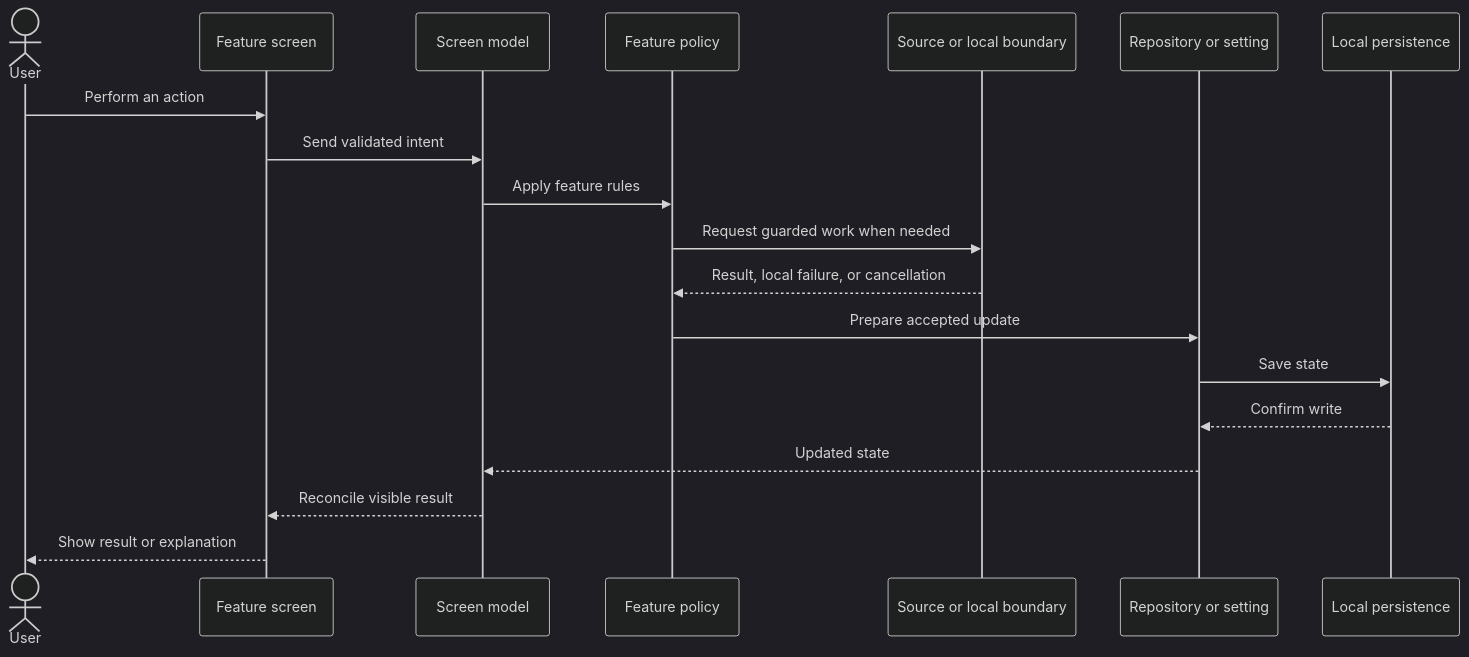
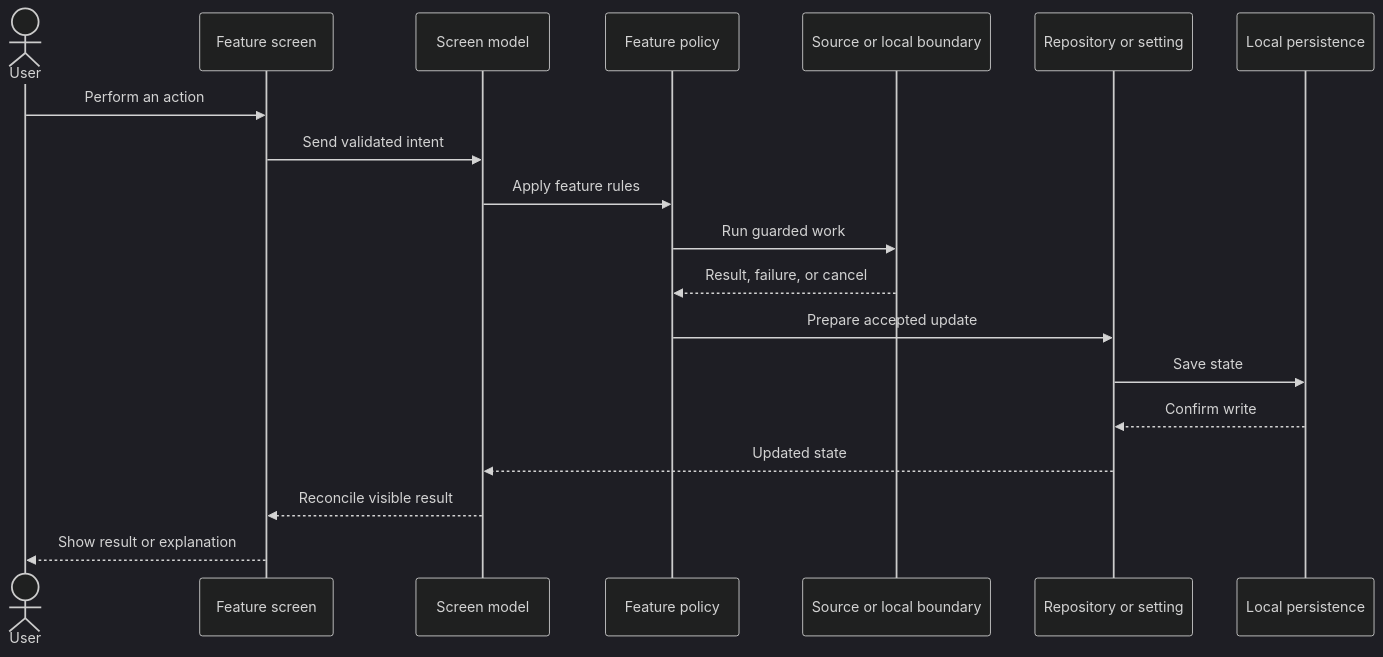
One commit to FancyCorey/komikku-KMK changed the third of 5 diagrams in docs/kmk/feature-guides/how-kmk-features-work-together.md. Above: the diagram before and after it, drawn with Mermaid (dark theme). The commit also changed 9 other files, not shown here.

Commit message:
Improve Mermaid diagram readability

````diff
--- a/docs/kmk/feature-guides/how-kmk-features-work-together.md
+++ b/docs/kmk/feature-guides/how-kmk-features-work-together.md
@@ -56,22 +56,22 @@
 ```mermaid
 sequenceDiagram
     actor User
     participant Screen as Feature screen
     participant Model as Screen model
     participant Policy as Feature policy
     participant Runtime as Source or local boundary
     participant Store as Repository or setting
     participant DB as Local persistence
 
     User->>Screen: Perform an action
     Screen->>Model: Send validated intent
     Model->>Policy: Apply feature rules
-    Policy->>Runtime: Request guarded work when needed
-    Runtime-->>Policy: Result, local failure, or cancellation
+    Policy->>Runtime: Run guarded work
+    Runtime-->>Policy: Result, failure, or cancel
     Policy->>Store: Prepare accepted update
     Store->>DB: Save state
     DB-->>Store: Confirm write
     Store-->>Model: Updated state
     Model-->>Screen: Reconcile visible result
     Screen-->>User: Show result or explanation
 ```
````
